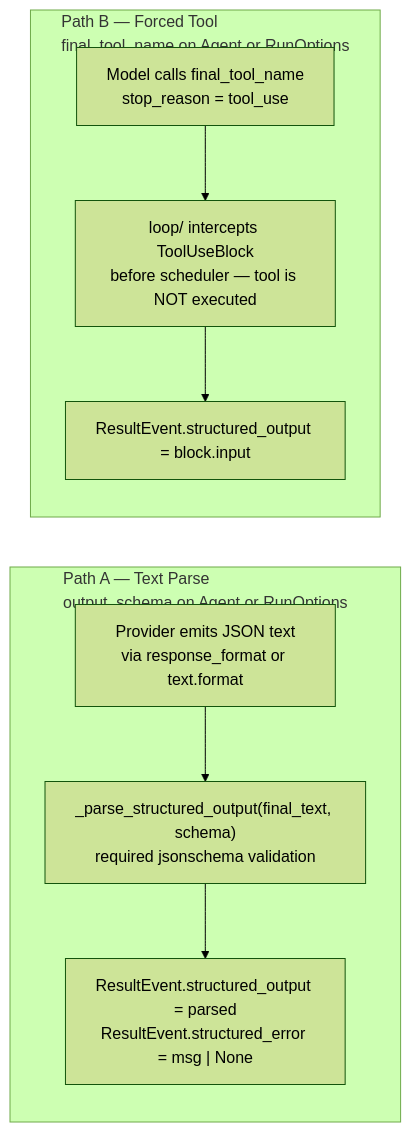
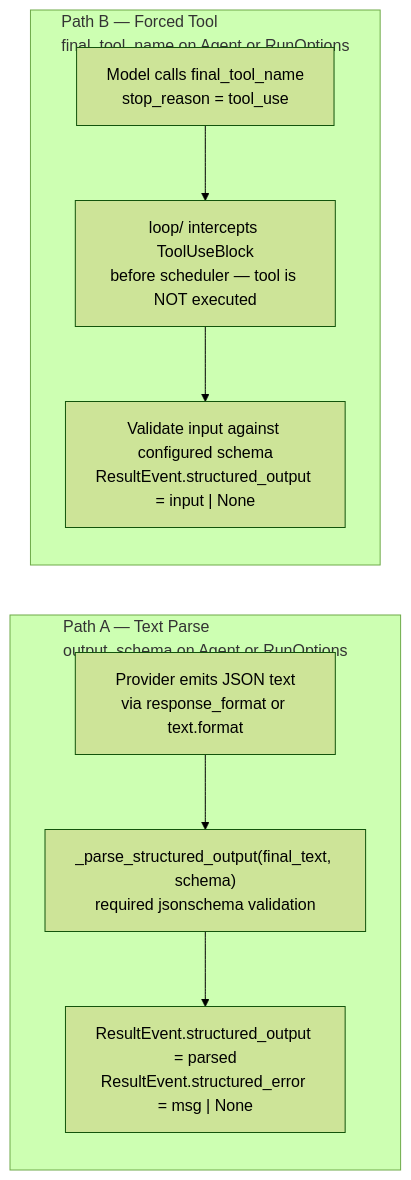
The diagram in docs/architecture/structured-output.md (DuyTa506/linch), drawn with Mermaid (forest theme) before and after one commit. The commit also changed other lines of this file and 45 other files, not shown here.

````diff
--- a/docs/architecture/structured-output.md
+++ b/docs/architecture/structured-output.md
@@ -7,18 +9,18 @@
 ```mermaid
 flowchart LR
     subgraph A["Path A — Text Parse\noutput_schema on Agent or RunOptions"]
         direction TB
         A1["Provider emits JSON text\nvia response_format or text.format"]
         A2["_parse_structured_output(final_text, schema)\nrequired jsonschema validation"]
         A3["ResultEvent.structured_output = parsed\nResultEvent.structured_error = msg | None"]
         A1 --> A2 --> A3
     end
 
     subgraph B["Path B — Forced Tool\nfinal_tool_name on Agent or RunOptions"]
         direction TB
         B1["Model calls final_tool_name\nstop_reason = tool_use"]
         B2["loop/ intercepts ToolUseBlock\nbefore scheduler — tool is NOT executed"]
-        B3["ResultEvent.structured_output = block.input"]
+        B3["Validate input against configured schema\nResultEvent.structured_output = input | None"]
         B1 --> B2 --> B3
     end
 ```
````
